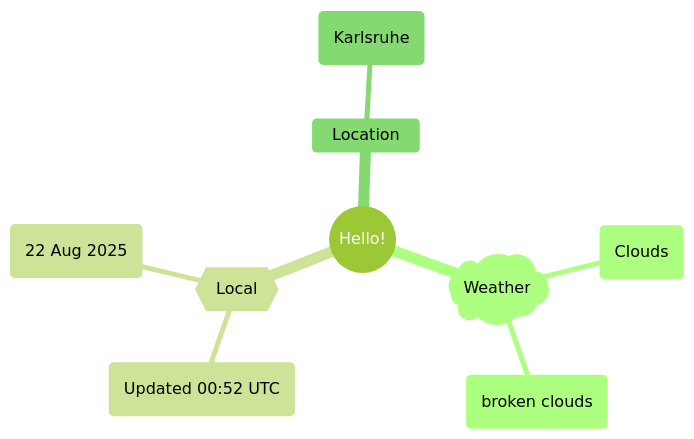
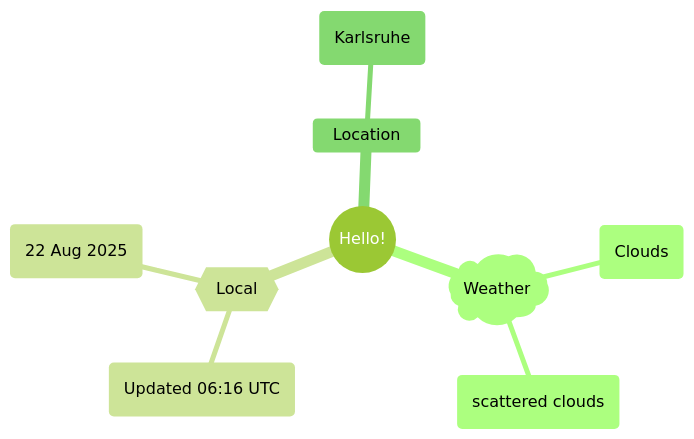
Before and after one commit to Xosrov/Xosrov: the first of 2 diagrams in README.md, drawn with Mermaid (forest theme).

Commit message:
[bot] updated images

````diff
--- a/README.md
+++ b/README.md
@@ -3,12 +3,12 @@
 ```mermaid
 mindmap
   root((Hello!))
     )Weather(
         (Clouds)
-        (broken clouds)
+        (scattered clouds)
     {{Local}}
-        (Updated 00:52 UTC)
+        (Updated 06:16 UTC)
         (22 Aug 2025)
     Location
         (Karlsruhe)
 ```
````
